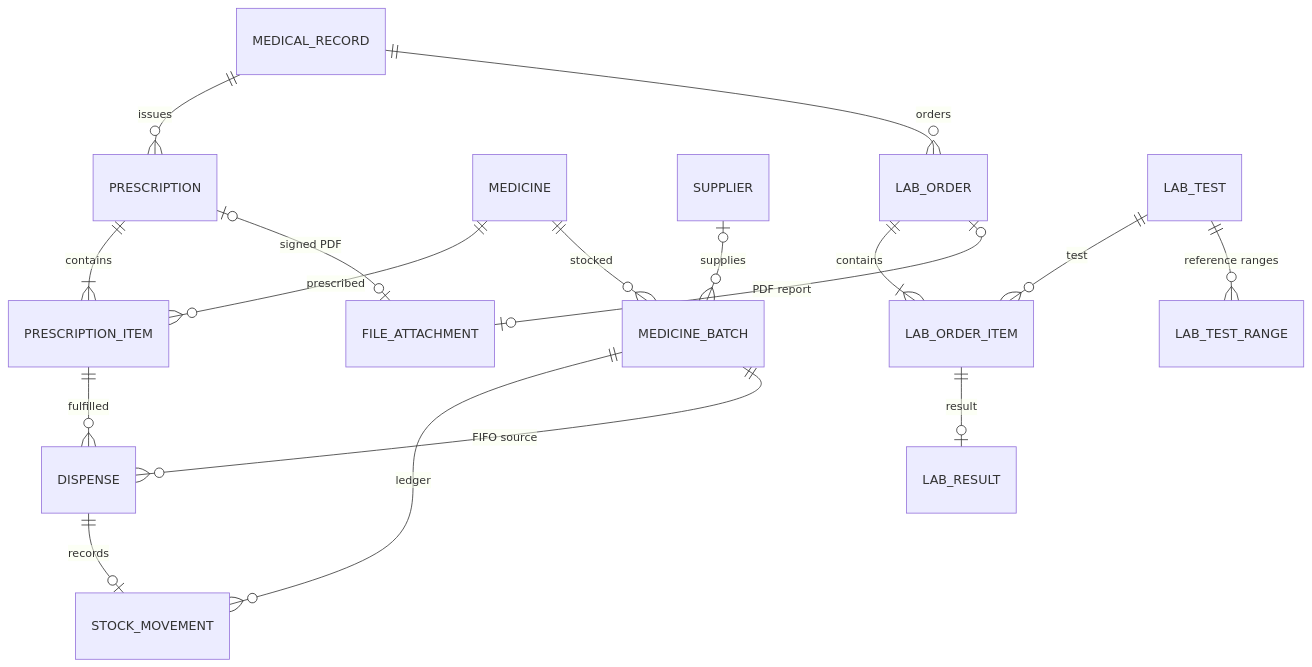
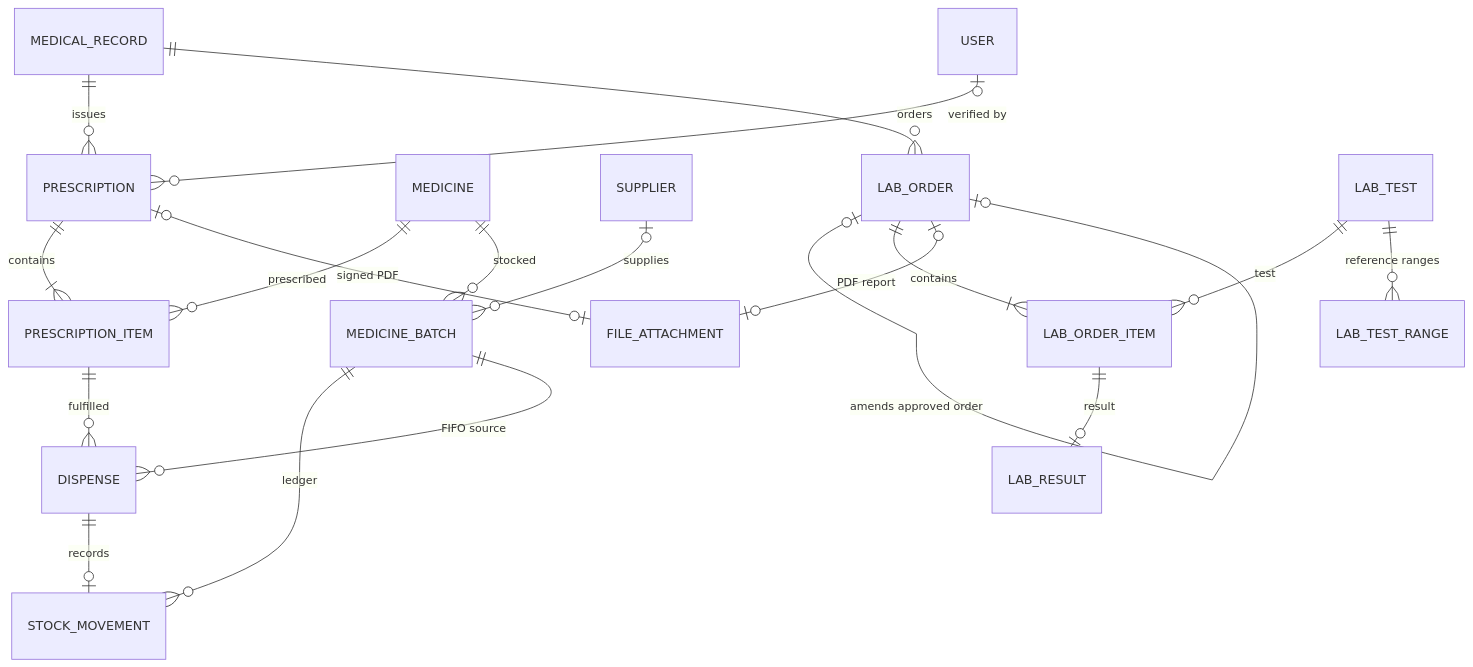
Before and after one commit to laharisrgupta06/MedCore-HMS: the third of 4 diagrams in docs/database-schema.md, drawn with Mermaid. The commit also changed other lines of this file and 3 other files, not shown here.

First line of the commit message:
feat(db): schema revision 2 - corrections, composite tenant keys, PRD gaps

````diff
--- a/docs/database-schema.md
+++ b/docs/database-schema.md
@@ -98,19 +158,21 @@
 ```mermaid
 erDiagram
   MEDICAL_RECORD ||--o{ PRESCRIPTION : issues
+  USER |o--o{ PRESCRIPTION : "verified by"
   PRESCRIPTION ||--|{ PRESCRIPTION_ITEM : contains
   MEDICINE ||--o{ PRESCRIPTION_ITEM : prescribed
   PRESCRIPTION |o--o| FILE_ATTACHMENT : "signed PDF"
   MEDICINE ||--o{ MEDICINE_BATCH : stocked
   SUPPLIER |o--o{ MEDICINE_BATCH : supplies
   MEDICINE_BATCH ||--o{ STOCK_MOVEMENT : ledger
   PRESCRIPTION_ITEM ||--o{ DISPENSE : fulfilled
   MEDICINE_BATCH ||--o{ DISPENSE : "FIFO source"
   DISPENSE ||--o| STOCK_MOVEMENT : records
   MEDICAL_RECORD ||--o{ LAB_ORDER : orders
+  LAB_ORDER |o--o| LAB_ORDER : "amends approved order"
   LAB_ORDER ||--|{ LAB_ORDER_ITEM : contains
-  LAB_TEST ||--o{ LAB_ORDER_ITEM : "test"
+  LAB_TEST ||--o{ LAB_ORDER_ITEM : test
   LAB_TEST ||--o{ LAB_TEST_RANGE : "reference ranges"
   LAB_ORDER_ITEM ||--o| LAB_RESULT : result
   LAB_ORDER |o--o| FILE_ATTACHMENT : "PDF report"
 ```
````
